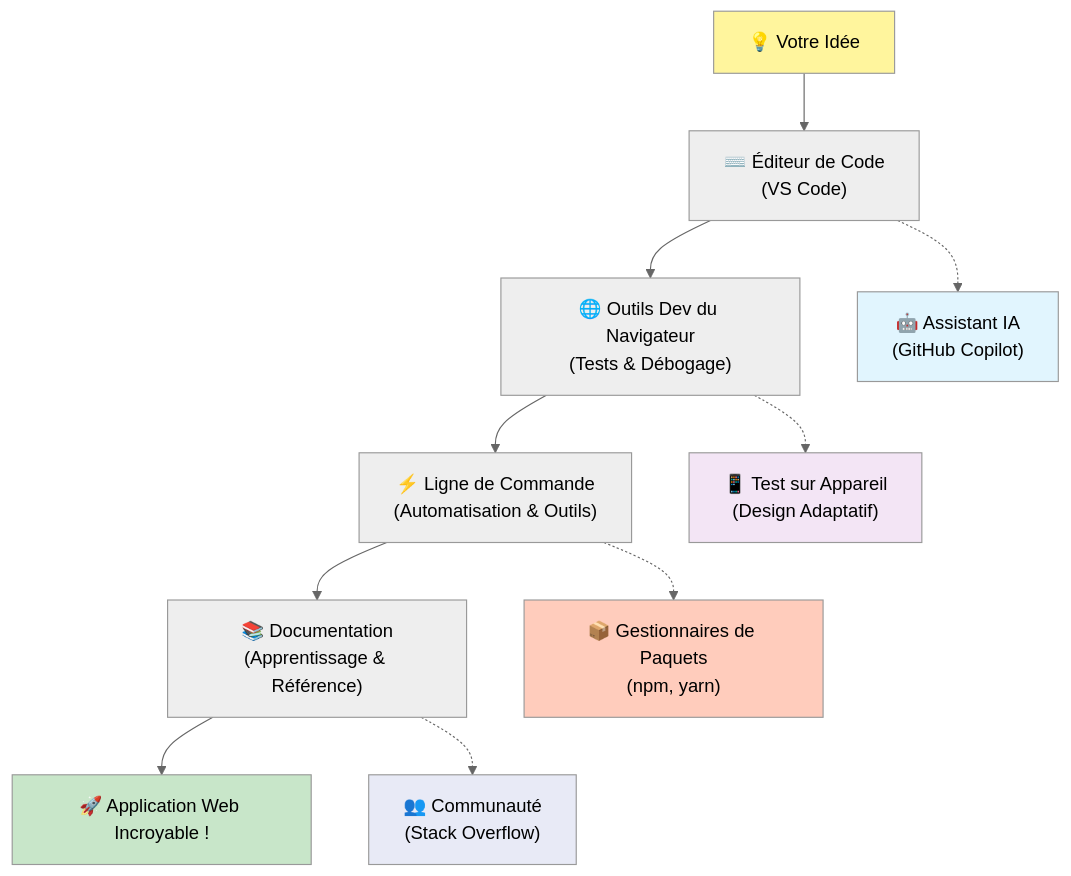
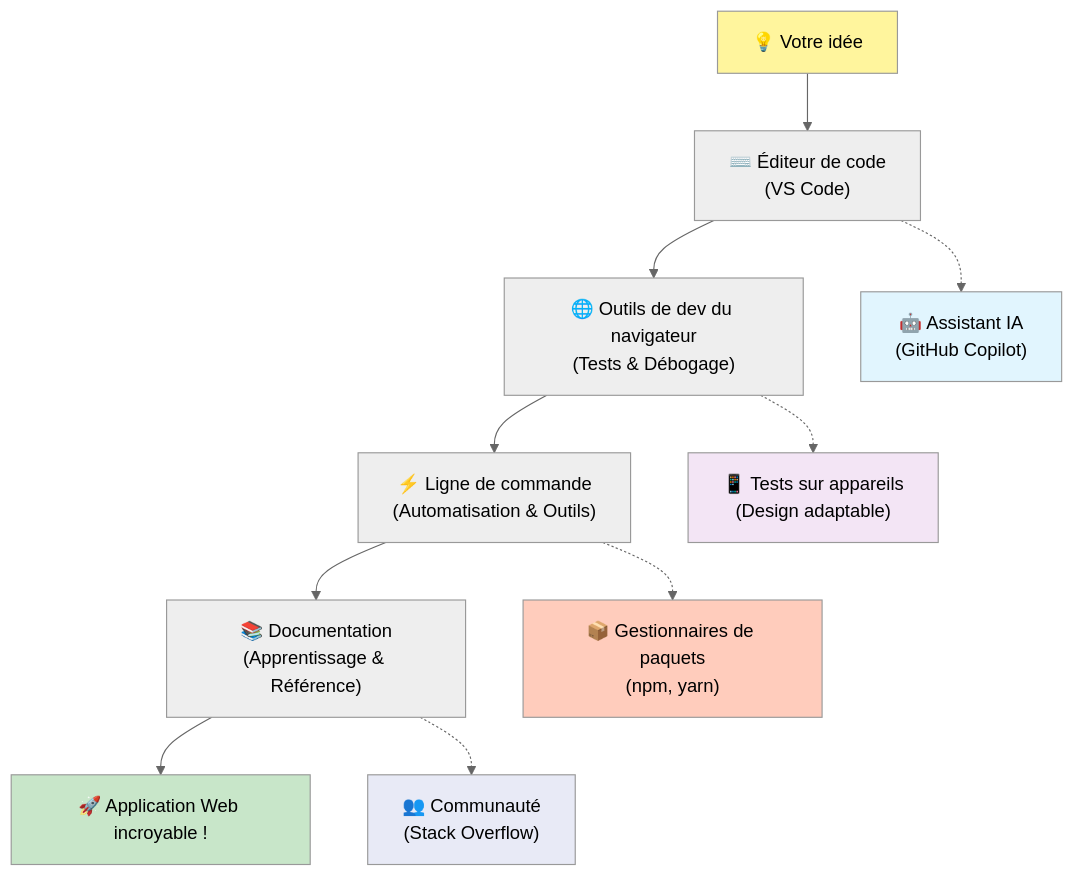
Before and after one commit to microsoft/Web-Dev-For-Beginners: the fifth of 7 diagrams in translations/fr/1-getting-started-lessons/1-intro-to-programming-languages/README.md, drawn with Mermaid (neutral theme). The commit also changed other lines of this file and 393 other files, not shown here.

````diff
--- a/translations/fr/1-getting-started-lessons/1-intro-to-programming-languages/README.md
+++ b/translations/fr/1-getting-started-lessons/1-intro-to-programming-languages/README.md
@@ -488,20 +486,20 @@
 ```mermaid
 graph TD
-    A["💡 Votre Idée"] --> B["⌨️ Éditeur de Code<br/>(VS Code)"] 
-    B --> C["🌐 Outils Dev du Navigateur<br/>(Tests & Débogage)"]
-    C --> D["⚡ Ligne de Commande<br/>(Automatisation & Outils)"]
+    A["💡 Votre idée"] --> B["⌨️ Éditeur de code<br/>(VS Code)"] 
+    B --> C["🌐 Outils de dev du navigateur<br/>(Tests & Débogage)"]
+    C --> D["⚡ Ligne de commande<br/>(Automatisation & Outils)"]
     D --> E["📚 Documentation<br/>(Apprentissage & Référence)"]
-    E --> F["🚀 Application Web Incroyable !"]
+    E --> F["🚀 Application Web incroyable !"]
     
     B -.-> G["🤖 Assistant IA<br/>(GitHub Copilot)"]
-    C -.-> H["📱 Test sur Appareil<br/>(Design Adaptatif)"]
-    D -.-> I["📦 Gestionnaires de Paquets<br/>(npm, yarn)"]
+    C -.-> H["📱 Tests sur appareils<br/>(Design adaptable)"]
+    D -.-> I["📦 Gestionnaires de paquets<br/>(npm, yarn)"]
     E -.-> J["👥 Communauté<br/>(Stack Overflow)"]
     
     style A fill:#fff59d
     style F fill:#c8e6c9
     style G fill:#e1f5fe
     style H fill:#f3e5f5
     style I fill:#ffccbc
     style J fill:#e8eaf6
 ```
````
